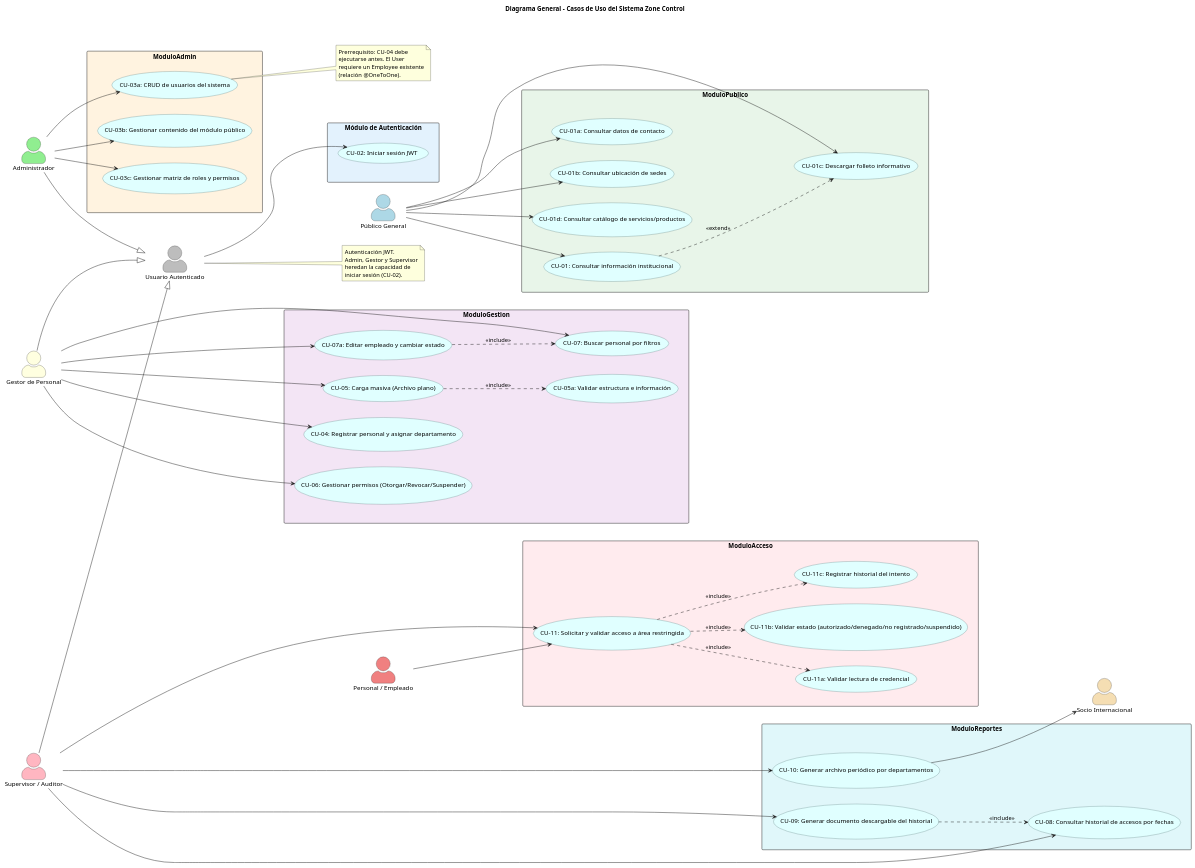
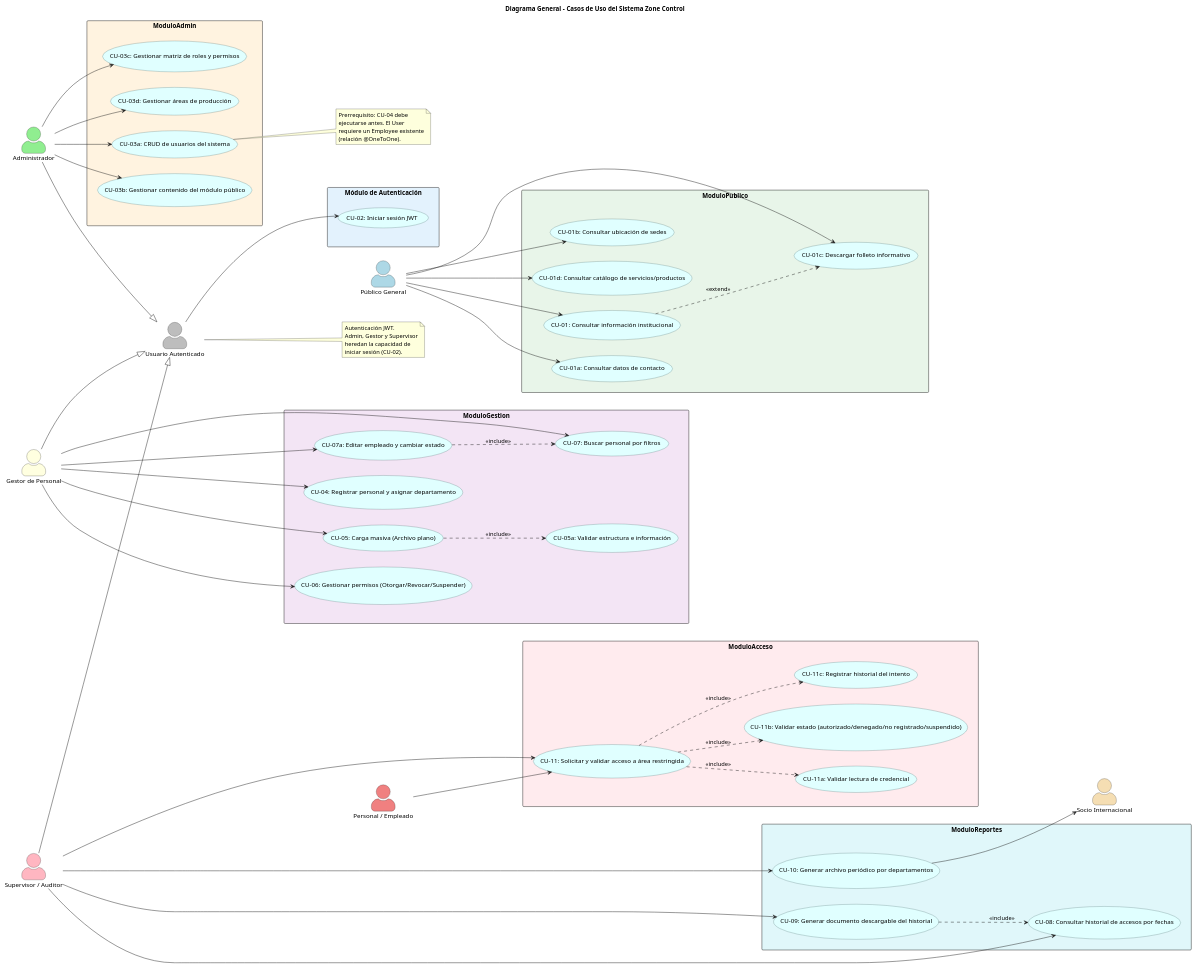
One commit to ElianMMCode/Zone-Control changed the diagram in docs/diagramas/casos_uso/00_diagrama_general.puml. Above: the diagram before and after it, drawn with PlantUML. The commit also changed 20 other files, not shown here.

```diff
--- a/docs/diagramas/casos_uso/00_diagrama_general.puml
+++ b/docs/diagramas/casos_uso/00_diagrama_general.puml
@@ -1,134 +1,136 @@
 @startuml
 title Diagrama General - Casos de Uso del Sistema Zone Control
 skinparam usecase {
   BackgroundColor LightCyan
   BorderColor DarkSlateGray
 }
 skinparam actorStyle awesome
 skinparam packageStyle rectangle
 left to right direction
 
 ' =============================================
 ' ACTORES
 ' =============================================
 
 actor "Usuario Autenticado" as Auth #BDBDBD
 actor "Público General" as Publico #LightBlue
 actor "Administrador" as Admin #LightGreen
 actor "Gestor de Personal" as Gestor #LightYellow
 actor "Personal / Empleado" as Empleado #LightCoral
 actor "Supervisor / Auditor" as Supervisor #LightPink
 actor "Socio Internacional" as Socio #Wheat
 
 ' =============================================
 ' HERENCIA (actores autenticados heredan de Auth)
 ' =============================================
 
 Admin --|> Auth
 Gestor --|> Auth
 Supervisor --|> Auth
 
 note right of Auth
   Autenticación JWT.
   Admin, Gestor y Supervisor
   heredan la capacidad de
   iniciar sesión (CU-02).
 end note
 
 ' =============================================
 ' MÓDULOS (apilados verticalmente, ordenados
 ' según el actor que los usa para evitar cruces)
 ' =============================================
 
 package "Módulo de Autenticación" as ModuloAutenticacion #E3F2FD {
   usecase "CU-02: Iniciar sesión JWT" as UC_LOGIN
 }
 
 Auth --> UC_LOGIN
 
 ModuloAutenticacion -[hidden]down- ModuloPublico
 
 package "Módulo Público" as ModuloPublico #E8F5E9 {
   usecase "CU-01: Consultar información institucional" as UC01
   usecase "CU-01a: Consultar datos de contacto" as UC01a
   usecase "CU-01b: Consultar ubicación de sedes" as UC01b
   usecase "CU-01c: Descargar folleto informativo" as UC01c
   usecase "CU-01d: Consultar catálogo de servicios/productos" as UC01d
   UC01 ..> UC01c : <<extend>>
 }
 
 Publico --> UC01
 Publico --> UC01a
 Publico --> UC01b
 Publico --> UC01c
 Publico --> UC01d
 
 ModuloPublico -[hidden]down- ModuloAdmin
 
 package "Módulo de Administración" as ModuloAdmin #FFF3E0 {
   usecase "CU-03a: CRUD de usuarios del sistema" as UC03a
   usecase "CU-03b: Gestionar contenido del módulo público" as UC03b
   usecase "CU-03c: Gestionar matriz de roles y permisos" as UC03c
+  usecase "CU-03d: Gestionar áreas de producción" as UC03d
 }
 
 Admin --> UC03a
 Admin --> UC03b
 Admin --> UC03c
+Admin --> UC03d
 
 note right of UC03a
   Prerrequisito: CU-04 debe
   ejecutarse antes. El User
   requiere un Employee existente
   (relación @OneToOne).
 end note
 
 ModuloAdmin -[hidden]down- ModuloGestion
 
 package "Módulo de Gestión de Personal" as ModuloGestion #F3E5F5 {
   usecase "CU-04: Registrar personal y asignar departamento" as UC04
   usecase "CU-05: Carga masiva (Archivo plano)" as UC05
   usecase "CU-05a: Validar estructura e información" as UC05a
   usecase "CU-06: Gestionar permisos (Otorgar/Revocar/Suspender)" as UC06
   usecase "CU-07: Buscar personal por filtros" as UC07
   usecase "CU-07a: Editar empleado y cambiar estado" as UC07a
   UC05 ..> UC05a : <<include>>
   UC07a ..> UC07 : <<include>>
 }
 
 Gestor --> UC04
 Gestor --> UC05
 Gestor --> UC06
 Gestor --> UC07
 Gestor --> UC07a
 
 ModuloGestion -[hidden]down- ModuloAcceso
 
 package "Módulo de Control de Acceso Físico" as ModuloAcceso #FFEBEE {
   usecase "CU-11: Solicitar y validar acceso a área restringida" as UC11
   usecase "CU-11a: Validar lectura de credencial" as UC11a
   usecase "CU-11b: Validar estado (autorizado/denegado/no registrado/suspendido)" as UC11b
   usecase "CU-11c: Registrar historial del intento" as UC11c
   UC11 ..> UC11a : <<include>>
   UC11 ..> UC11b : <<include>>
   UC11 ..> UC11c : <<include>>
 }
 
 Empleado --> UC11
 Supervisor --> UC11
 
 ModuloAcceso -[hidden]down- ModuloReportes
 
 package "Módulo de Reportes y Auditoría" as ModuloReportes #E0F7FA {
   usecase "CU-08: Consultar historial de accesos por fechas" as UC08
   usecase "CU-09: Generar documento descargable del historial" as UC09
   usecase "CU-10: Generar archivo periódico por departamentos" as UC10
   UC09 ..> UC08 : <<include>>
 }
 
 Supervisor --> UC08
 Supervisor --> UC09
 Supervisor --> UC10
 
 UC10 --> Socio
 
 @enduml
```
